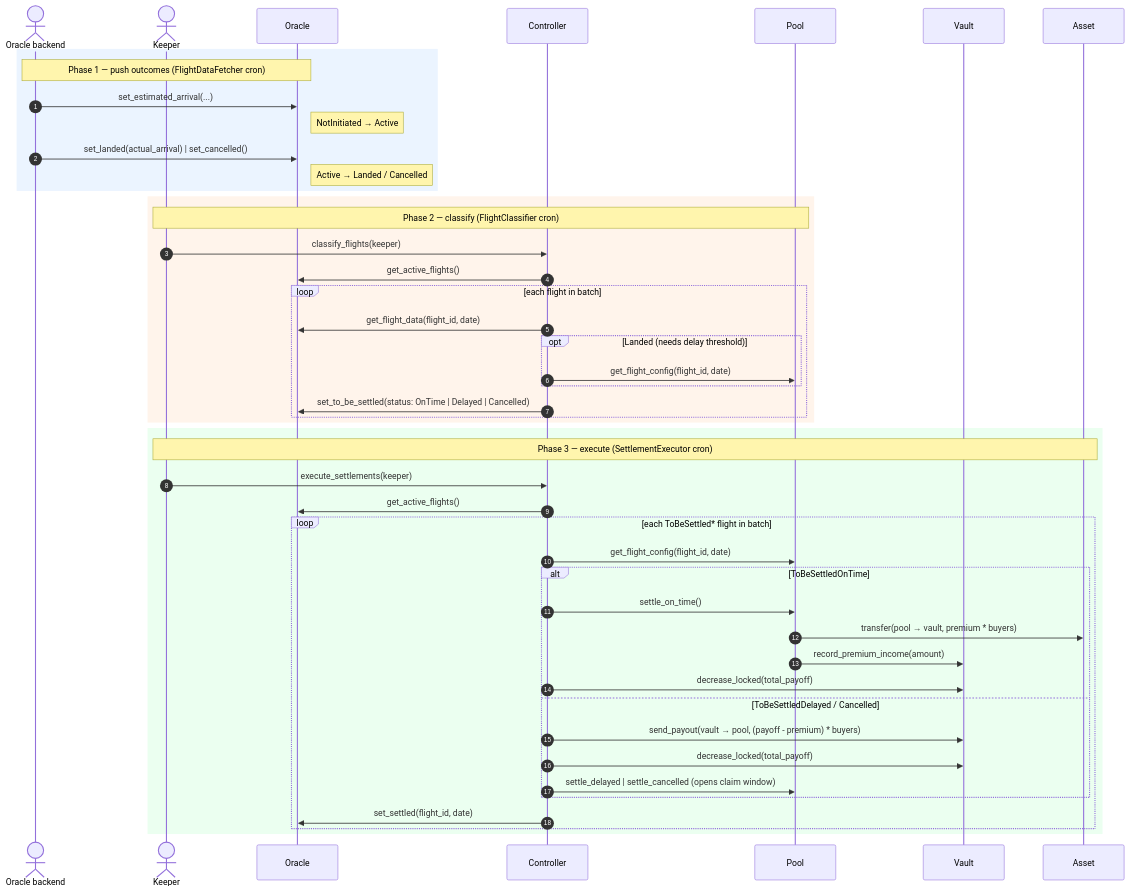
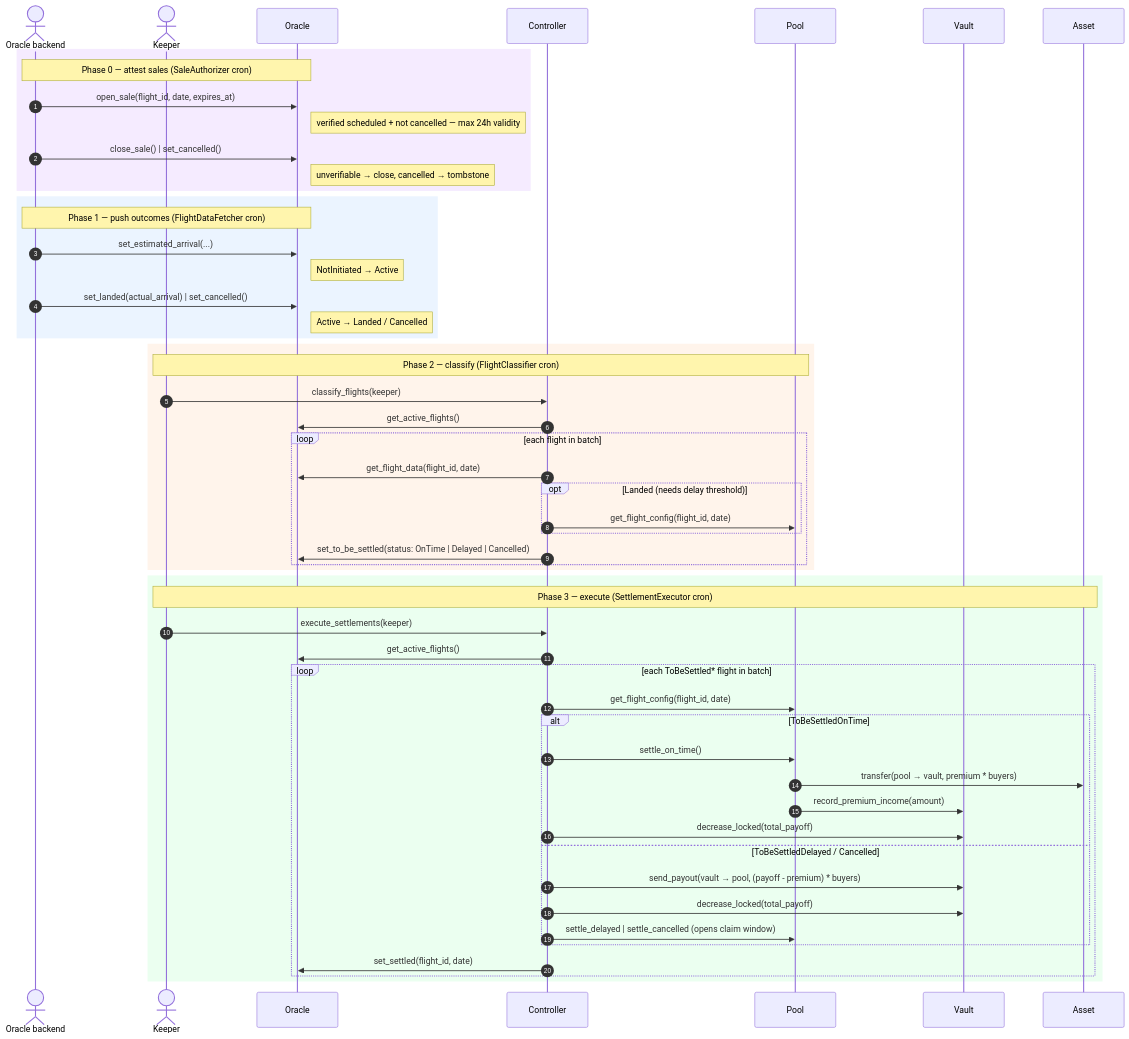
Before and after one commit to SentinelFi/sentinel_soroban_v3: the fifth of 6 diagrams in sequence_diagrams.md, drawn with Mermaid. The commit also changed other lines of this file and 41 other files, not shown here.

````diff
--- a/sequence_diagrams.md
+++ b/sequence_diagrams.md
@@ -217,52 +220,60 @@
 ```mermaid
 sequenceDiagram
     autonumber
     actor OB as Oracle backend
     actor Keeper
     participant Oracle as Oracle
     participant Ctrl as Controller
     participant Pool as Pool
     participant Vault as Vault
     participant Asset as Asset
+
+    rect rgb(245, 235, 255)
+    Note over OB,Oracle: Phase 0 — attest sales (SaleAuthorizer cron)
+    OB->>Oracle: open_sale(flight_id, date, expires_at)
+    Note right of Oracle: verified scheduled + not cancelled — max 24h validity
+    OB->>Oracle: close_sale() | set_cancelled()
+    Note right of Oracle: unverifiable → close, cancelled → tombstone
+    end
 
     rect rgb(235, 244, 255)
     Note over OB,Oracle: Phase 1 — push outcomes (FlightDataFetcher cron)
     OB->>Oracle: set_estimated_arrival(...)
     Note right of Oracle: NotInitiated → Active
     OB->>Oracle: set_landed(actual_arrival) | set_cancelled()
     Note right of Oracle: Active → Landed / Cancelled
     end
 
     rect rgb(255, 244, 235)
     Note over Keeper,Pool: Phase 2 — classify (FlightClassifier cron)
     Keeper->>Ctrl: classify_flights(keeper)
     Ctrl->>Oracle: get_active_flights()
     loop each flight in batch
         Ctrl->>Oracle: get_flight_data(flight_id, date)
         opt Landed (needs delay threshold)
             Ctrl->>Pool: get_flight_config(flight_id, date)
         end
         Ctrl->>Oracle: set_to_be_settled(status: OnTime | Delayed | Cancelled)
     end
     end
 
     rect rgb(235, 255, 240)
     Note over Keeper,Asset: Phase 3 — execute (SettlementExecutor cron)
     Keeper->>Ctrl: execute_settlements(keeper)
     Ctrl->>Oracle: get_active_flights()
     loop each ToBeSettled* flight in batch
         Ctrl->>Pool: get_flight_config(flight_id, date)
         alt ToBeSettledOnTime
             Ctrl->>Pool: settle_on_time()
             Pool->>Asset: transfer(pool → vault, premium * buyers)
             Pool->>Vault: record_premium_income(amount)
             Ctrl->>Vault: decrease_locked(total_payoff)
         else ToBeSettledDelayed / Cancelled
             Ctrl->>Vault: send_payout(vault → pool, (payoff - premium) * buyers)
             Ctrl->>Vault: decrease_locked(total_payoff)
             Ctrl->>Pool: settle_delayed | settle_cancelled (opens claim window)
         end
         Ctrl->>Oracle: set_settled(flight_id, date)
     end
     end
 ```
````
